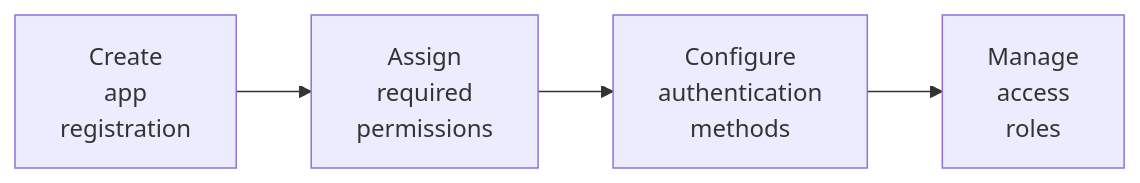
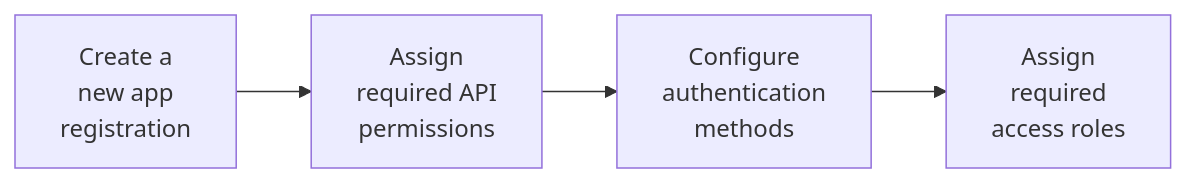
Before and after one commit to SpecterOps/bloodhound-docs: the diagram in docs/install-data-collector/install-azurehound/azure-configuration.mdx, drawn with Mermaid. The commit also changed other lines of this file and 3 other files, not shown here.

````diff
--- a/docs/install-data-collector/install-azurehound/azure-configuration.mdx
+++ b/docs/install-data-collector/install-azurehound/azure-configuration.mdx
@@ -10,14 +10,14 @@
 ```mermaid
 graph LR
-    A[Create
-    app 
+    A[Create a
+    new app 
     registration] --> B[Assign 
-    required 
+    required API
     permissions]
     B --> C[Configure 
     authentication 
     methods]
-    C --> D[Manage 
-    access 
-    roles]
+    C --> D[Assign 
+    required 
+    access roles]
 ```
````
